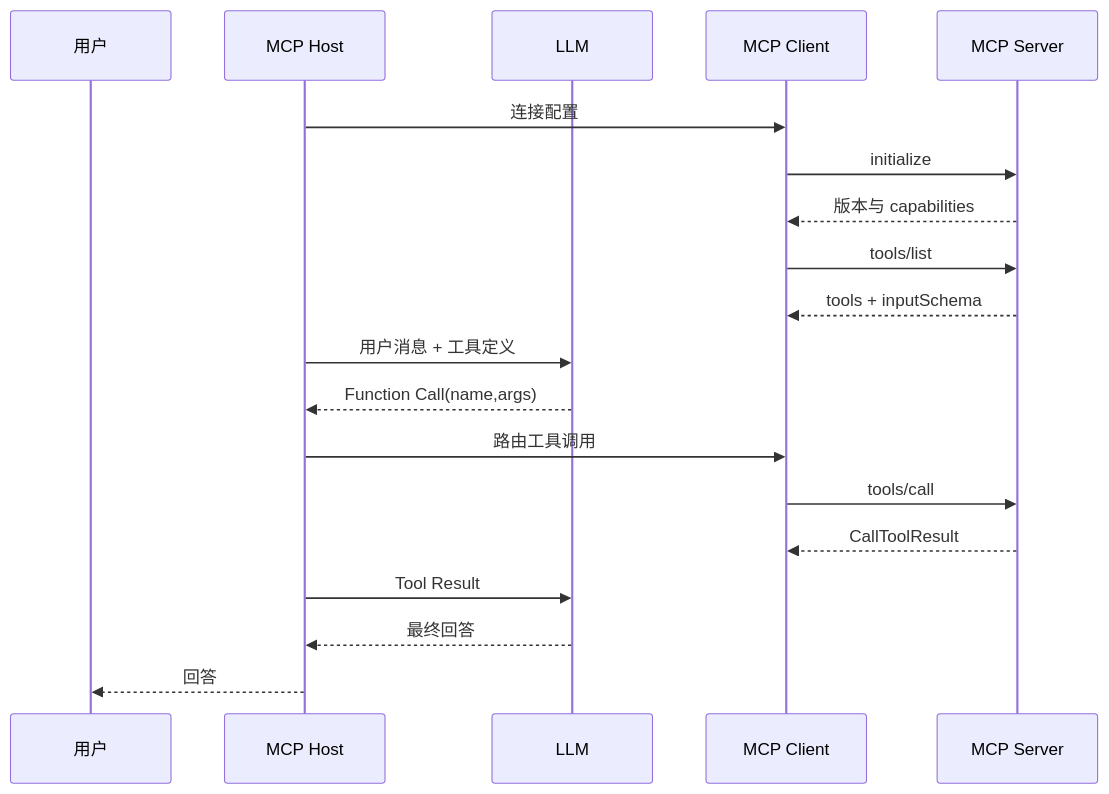
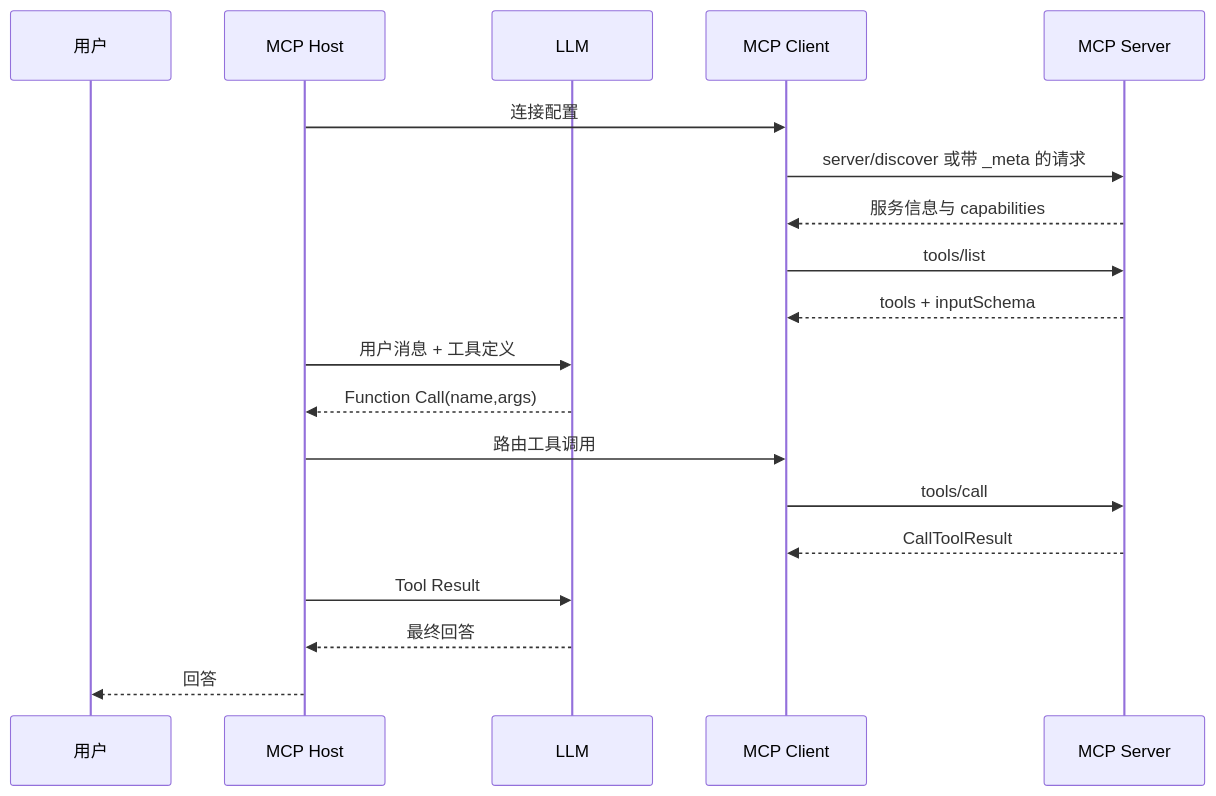
Before and after one commit to lijihao-0804/interview-forge: the fourth of 4 diagrams in books/0816MCP/Function Calling 与 MCP 协议：设计原理与工程实践.md, drawn with Mermaid. The commit also changed other lines of this file and 643 other files, not shown here.

````diff
--- a/books/0816MCP/Function Calling 与 MCP 协议：设计原理与工程实践.md
+++ b/books/0816MCP/Function Calling 与 MCP 协议：设计原理与工程实践.md
@@ -803,22 +838,22 @@
 ```mermaid
 sequenceDiagram
     participant U as 用户
     participant H as MCP Host
     participant L as LLM
     participant C as MCP Client
     participant S as MCP Server
 
     H->>C: 连接配置
-    C->>S: initialize
-    S-->>C: 版本与 capabilities
+    C->>S: server/discover 或带 _meta 的请求
+    S-->>C: 服务信息与 capabilities
     C->>S: tools/list
     S-->>C: tools + inputSchema
     H->>L: 用户消息 + 工具定义
     L-->>H: Function Call(name,args)
     H->>C: 路由工具调用
     C->>S: tools/call
     S-->>C: CallToolResult
     H->>L: Tool Result
     L-->>H: 最终回答
     H-->>U: 回答
 ```
````
